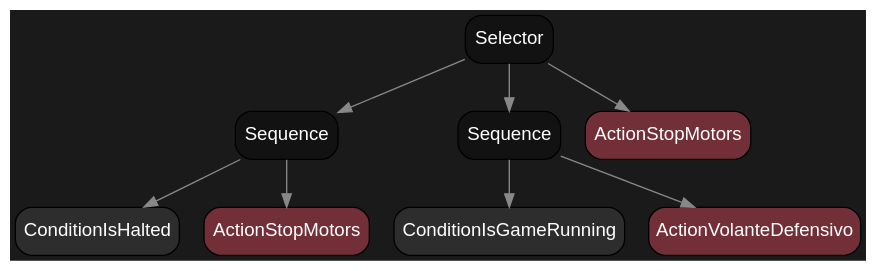
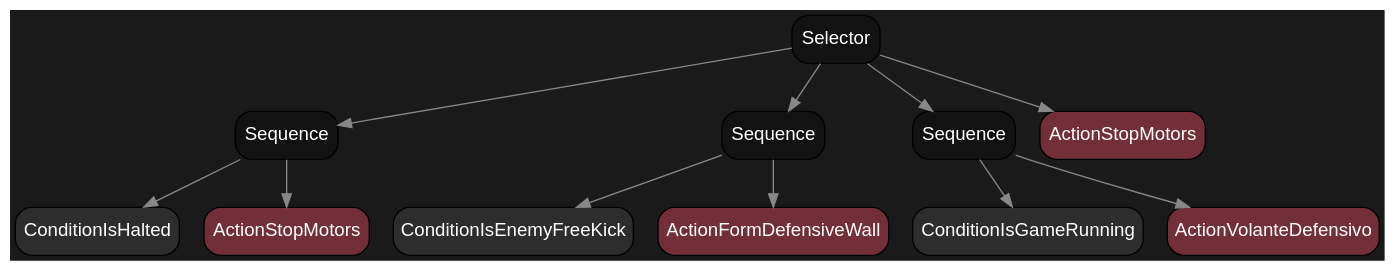
One commit to Danielgmichels/labind-ssl-ai changed the diagram in diagramas/mapa_arvore_volante.dot. Above: the diagram before and after it, drawn with Graphviz. The commit also changed 24 other files, not shown here.

```diff
--- a/diagramas/mapa_arvore_volante.dot
+++ b/diagramas/mapa_arvore_volante.dot
@@ -1,19 +1,25 @@
 digraph BehaviorTree {
     bgcolor="#1a1a1a";
     node [shape=box, style="filled,rounded", fontname="Arial", color="#000000", penwidth=1];
-    "140578072907200" [label="Selector", fillcolor="#121212", fontcolor="white"];
-    "140578072907200" -> "140578072906864" [color="#888888"];
-    "140578072906864" [label="Sequence", fillcolor="#121212", fontcolor="white"];
-    "140578072906864" -> "140578072906768" [color="#888888"];
-    "140578072906768" [label="ConditionIsHalted", fillcolor="#2d2d2d", fontcolor="white"];
-    "140578072906864" -> "140578072906816" [color="#888888"];
-    "140578072906816" [label="ActionStopMotors", fillcolor="#722F37", fontcolor="white"];
-    "140578072907200" -> "140578072907056" [color="#888888"];
-    "140578072907056" [label="Sequence", fillcolor="#121212", fontcolor="white"];
-    "140578072907056" -> "140578072906960" [color="#888888"];
-    "140578072906960" [label="ConditionIsGameRunning", fillcolor="#2d2d2d", fontcolor="white"];
-    "140578072907056" -> "140578072907008" [color="#888888"];
-    "140578072907008" [label="ActionVolanteDefensivo", fillcolor="#722F37", fontcolor="white"];
-    "140578072907200" -> "140578072907152" [color="#888888"];
-    "140578072907152" [label="ActionStopMotors", fillcolor="#722F37", fontcolor="white"];
+    "140264501901584" [label="Selector", fillcolor="#121212", fontcolor="white"];
+    "140264501901584" -> "140264501901008" [color="#888888"];
+    "140264501901008" [label="Sequence", fillcolor="#121212", fontcolor="white"];
+    "140264501901008" -> "140264501900912" [color="#888888"];
+    "140264501900912" [label="ConditionIsHalted", fillcolor="#2d2d2d", fontcolor="white"];
+    "140264501901008" -> "140264501900960" [color="#888888"];
+    "140264501900960" [label="ActionStopMotors", fillcolor="#722F37", fontcolor="white"];
+    "140264501901584" -> "140264501901248" [color="#888888"];
+    "140264501901248" [label="Sequence", fillcolor="#121212", fontcolor="white"];
+    "140264501901248" -> "140264501901104" [color="#888888"];
+    "140264501901104" [label="ConditionIsEnemyFreeKick", fillcolor="#2d2d2d", fontcolor="white"];
+    "140264501901248" -> "140264501901152" [color="#888888"];
+    "140264501901152" [label="ActionFormDefensiveWall", fillcolor="#722F37", fontcolor="white"];
+    "140264501901584" -> "140264501901440" [color="#888888"];
+    "140264501901440" [label="Sequence", fillcolor="#121212", fontcolor="white"];
+    "140264501901440" -> "140264501901344" [color="#888888"];
+    "140264501901344" [label="ConditionIsGameRunning", fillcolor="#2d2d2d", fontcolor="white"];
+    "140264501901440" -> "140264501901392" [color="#888888"];
+    "140264501901392" [label="ActionVolanteDefensivo", fillcolor="#722F37", fontcolor="white"];
+    "140264501901584" -> "140264501901536" [color="#888888"];
+    "140264501901536" [label="ActionStopMotors", fillcolor="#722F37", fontcolor="white"];
 }
```
